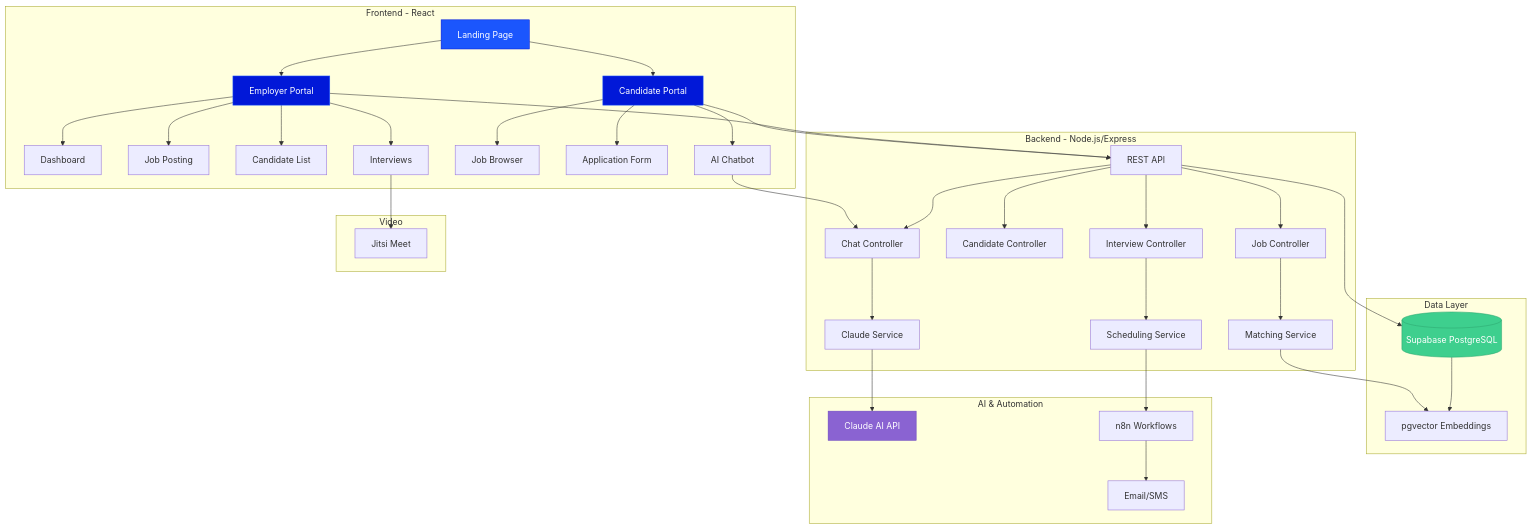
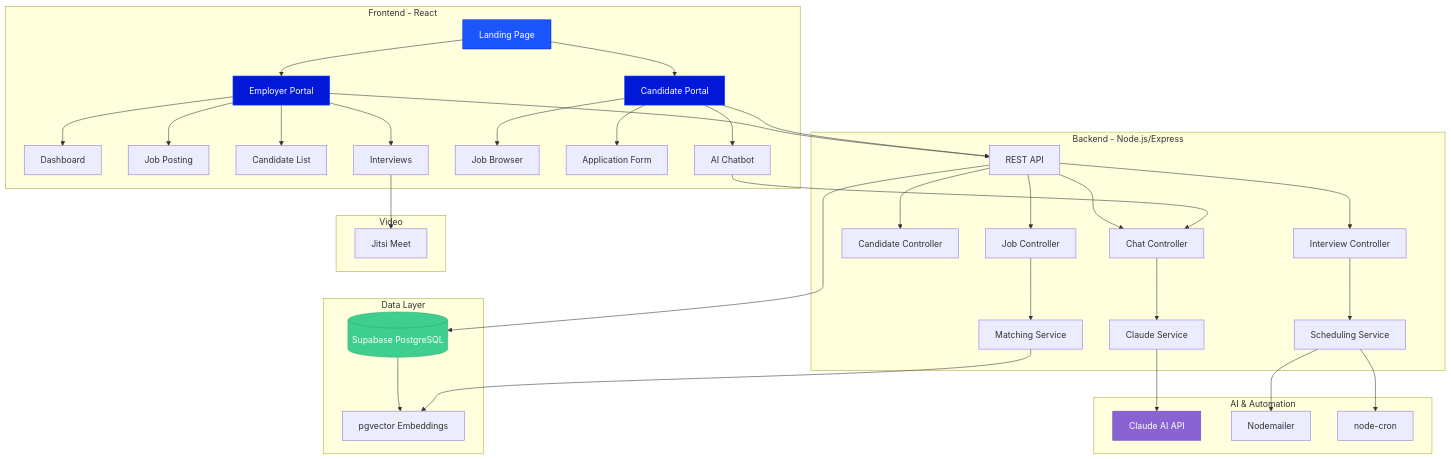
One commit to bssilva06/jale-hiring-assistant changed the diagram in README.md. Above: the diagram before and after it, drawn with Mermaid. The commit also changed other lines of this file and 6 other files, not shown here.

````diff
--- a/README.md
+++ b/README.md
@@ -207,56 +201,56 @@
 ```mermaid
 graph TB
     subgraph "Frontend - React"
         A[Landing Page] --> B[Employer Portal]
         A --> C[Candidate Portal]
         B --> D[Dashboard]
         B --> E[Job Posting]
         B --> F[Candidate List]
         B --> G[Interviews]
         C --> H[Job Browser]
         C --> I[Application Form]
         C --> J[AI Chatbot]
     end
 
     subgraph "Backend - Node.js/Express"
         K[REST API] --> L[Job Controller]
         K --> M[Candidate Controller]
         K --> N[Interview Controller]
         K --> O[Chat Controller]
         L --> P[Matching Service]
         O --> Q[Claude Service]
         N --> R[Scheduling Service]
     end
 
     subgraph "Data Layer"
         S[(Supabase PostgreSQL)]
         T[pgvector Embeddings]
         S --> T
     end
 
     subgraph "AI & Automation"
         U[Claude AI API]
-        V[n8n Workflows]
-        W[Email/SMS]
+        V[Nodemailer]
+        W[node-cron]
     end
 
     subgraph "Video"
         X[Jitsi Meet]
     end
 
     B --> K
     C --> K
     J --> O
     G --> X
     K --> S
     Q --> U
     P --> T
     R --> V
-    V --> W
+    R --> W
 
     style A fill:#1B56FD,stroke:#0118D8,color:#FFF
     style B fill:#0118D8,stroke:#1B56FD,color:#FFF
     style C fill:#0118D8,stroke:#1B56FD,color:#FFF
     style U fill:#8A63D2,stroke:#6B46C1,color:#FFF
     style S fill:#3ECF8E,stroke:#2DA771,color:#FFF
 ```
````
